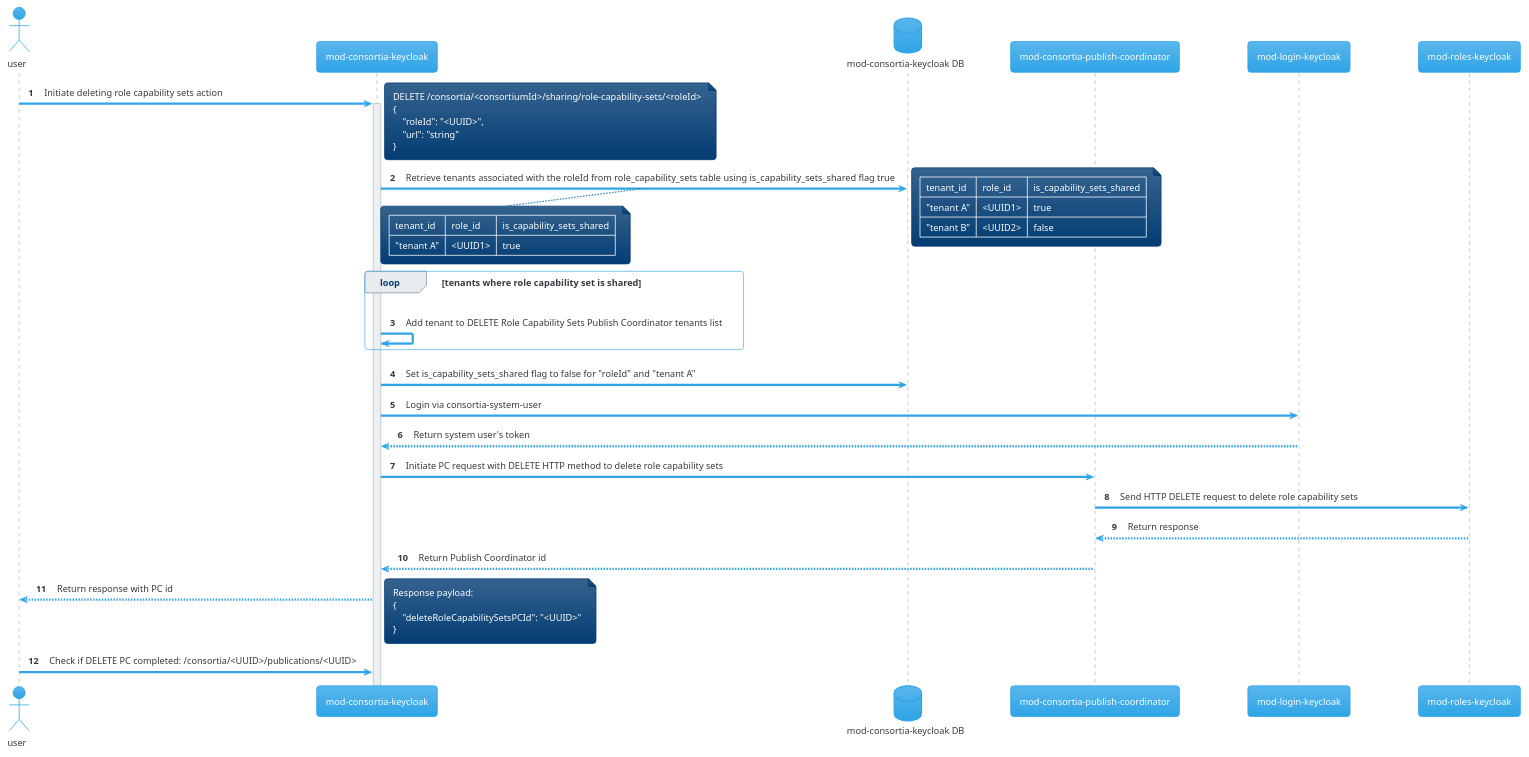
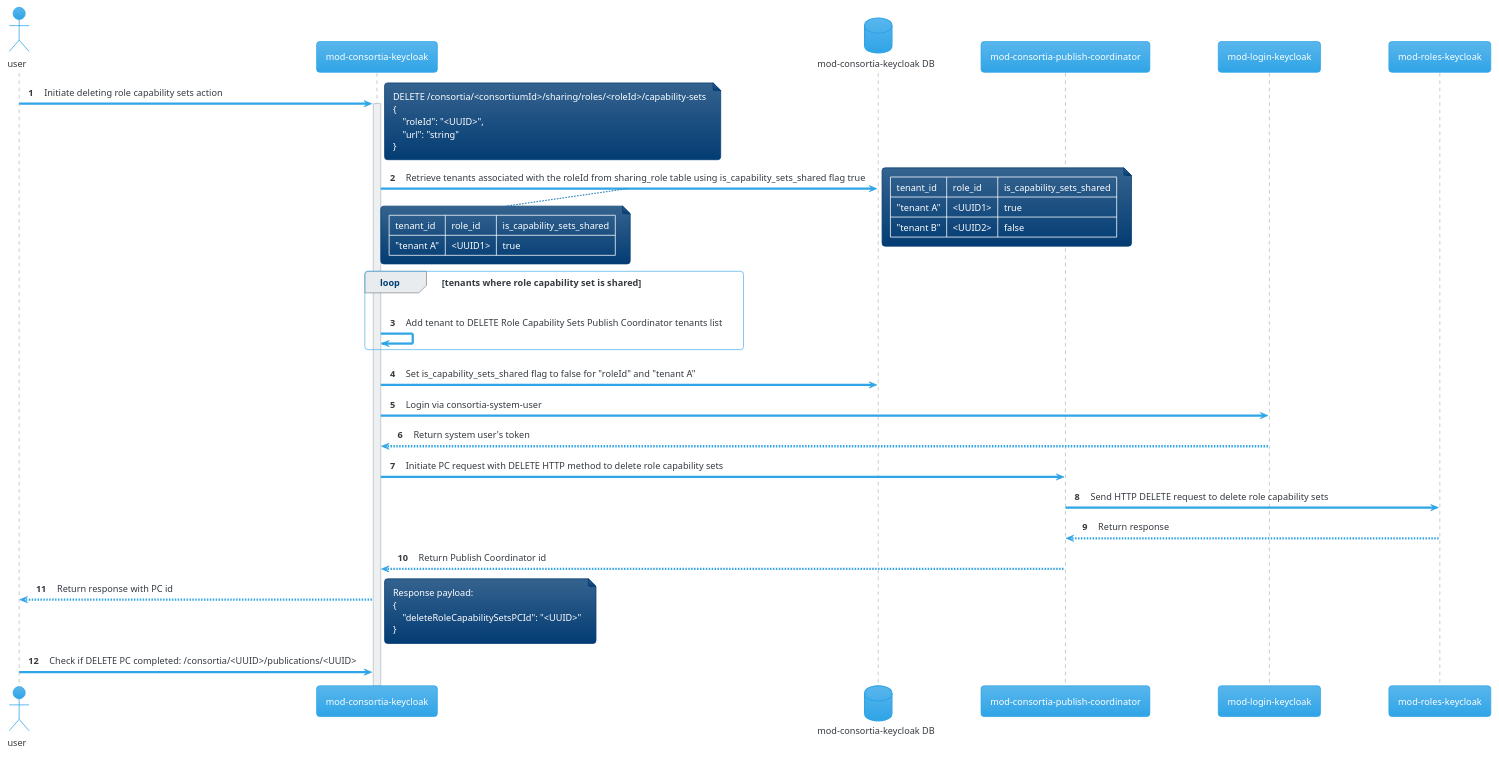
Before and after one commit to folio-org/mod-consortia-keycloak: the diagram in docs/sharing-feature-sequence-dagram/sharing-role-cabalities-capablity-set-delete.puml, drawn with PlantUML. The commit also changed 34 other files, not shown here.

First line of the commit message:
[MODCONSKC-21] - Implement sharing of role capabilities (#87)

```diff
--- a/docs/sharing-feature-sequence-dagram/sharing-role-cabalities-capablity-set-delete.puml
+++ b/docs/sharing-feature-sequence-dagram/sharing-role-cabalities-capablity-set-delete.puml
@@ -1,61 +1,61 @@
 @startuml
 
 !pragma teoz true
 !theme cerulean
 
 autonumber
 
 actor "user" as user
 
 participant "mod-consortia-keycloak" as mck
 database "mod-consortia-keycloak DB" as mck_db
 participant "mod-consortia-publish-coordinator" as mc_pc
 participant "mod-login-keycloak" as ml
 participant "mod-roles-keycloak" as mrk
 
 user -> mck: Initiate deleting role capability sets action
 note right
-DELETE /consortia/<consortiumId>/sharing/role-capability-sets/<roleId>
+DELETE /consortia/<consortiumId>/sharing/roles/<roleId>/capability-sets
 {
     "roleId": "<UUID>",
     "url": "string"
 }
 end note
 activate mck
 
-mck -> mck_db: Retrieve tenants associated with the roleId from role_capability_sets table using is_capability_sets_shared flag true
+mck -> mck_db: Retrieve tenants associated with the roleId from sharing_role table using is_capability_sets_shared flag true
 note bottom
 | tenant_id | role_id | is_capability_sets_shared |
 | "tenant A" | <UUID1> | true |
 end note
 note right
 | tenant_id | role_id | is_capability_sets_shared |
 | "tenant A" | <UUID1> | true |
 | "tenant B" | <UUID2> | false |
 end note
 
 loop tenants where role capability set is shared
     mck -> mck: Add tenant to DELETE Role Capability Sets Publish Coordinator tenants list
 end
 
 mck -> mck_db: Set is_capability_sets_shared flag to false for "roleId" and "tenant A"
 
 mck -> ml: Login via consortia-system-user
 ml --> mck: Return system user's token
 
 mck -> mc_pc: Initiate PC request with DELETE HTTP method to delete role capability sets
 mc_pc -> mrk: Send HTTP DELETE request to delete role capability sets
 mrk --> mc_pc: Return response
 mc_pc --> mck: Return Publish Coordinator id
 
 mck --> user: Return response with PC id
 note right
 Response payload:
 {
     "deleteRoleCapabilitySetsPCId": "<UUID>"
 }
 end note
 
 user -> mck: Check if DELETE PC completed: /consortia/<UUID>/publications/<UUID>
 
 @enduml
```
